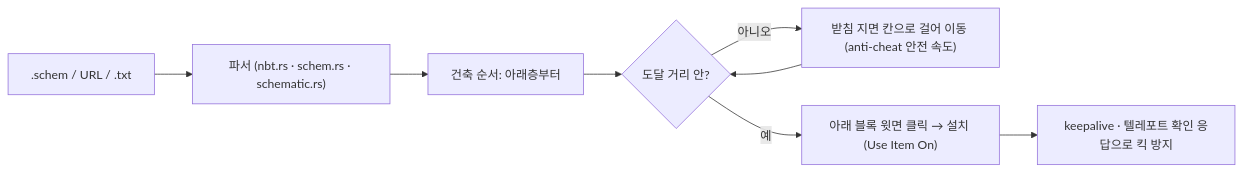
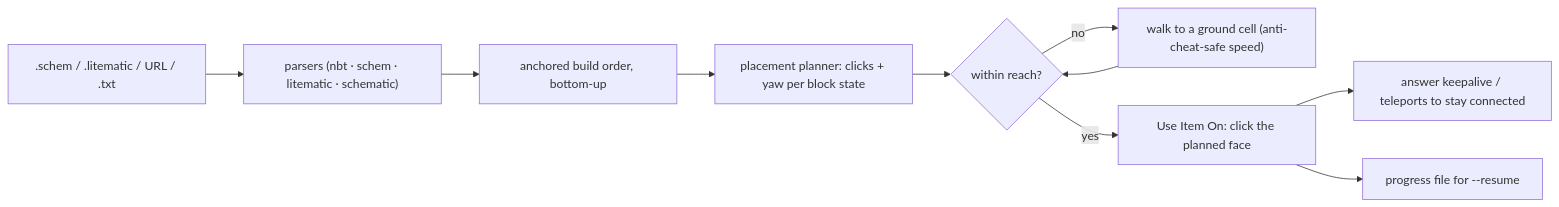
The diagram in README.md (lilicoderr/schematic-buildbot), drawn with Mermaid before and after one commit. The commit also changed other lines of this file and 1 other file, not shown here.

````diff
--- a/README.md
+++ b/README.md
@@ -95,10 +131,12 @@
 ```mermaid
 flowchart LR
-  A[".schem / URL / .txt"] --> B["파서 (nbt.rs · schem.rs · schematic.rs)"]
-  B --> C["건축 순서: 아래층부터"]
-  C --> D{"도달 거리 안?"}
-  D -- 아니오 --> E["받침 지면 칸으로 걸어 이동 (anti-cheat 안전 속도)"]
+  A[".schem / .litematic / URL / .txt"] --> B["parsers (nbt · schem · litematic · schematic)"]
+  B --> C["anchored build order, bottom-up"]
+  C --> P["placement planner: clicks + yaw per block state"]
+  P --> D{"within reach?"}
+  D -- no --> E["walk to a ground cell (anti-cheat-safe speed)"]
   E --> D
-  D -- 예 --> F["아래 블록 윗면 클릭 → 설치 (Use Item On)"]
-  F --> G["keepalive · 텔레포트 확인 응답으로 킥 방지"]
+  D -- yes --> F["Use Item On: click the planned face"]
+  F --> G["answer keepalive / teleports to stay connected"]
+  F --> H["progress file for --resume"]
 ```
````
